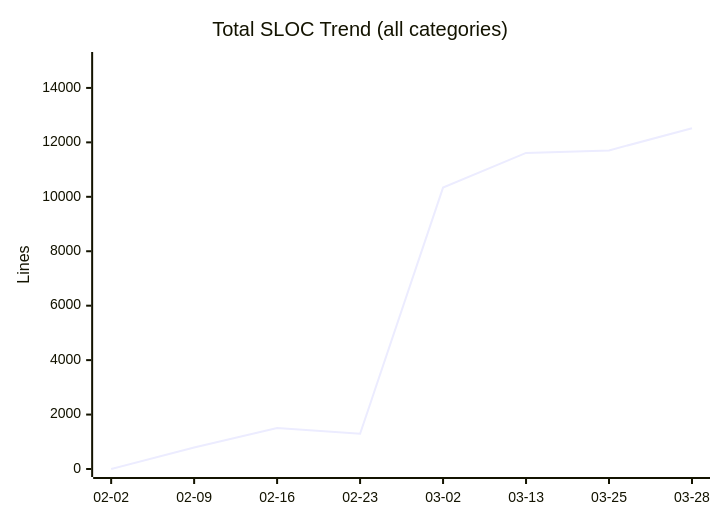
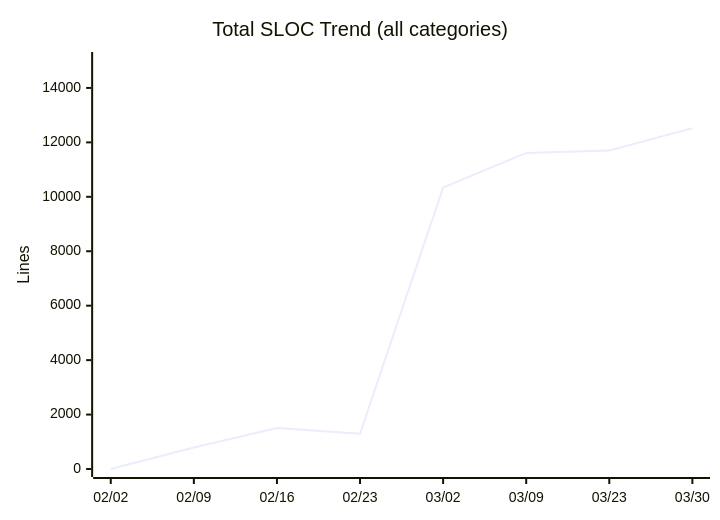
One commit to nablarch/nabledge-dev changed the eighth of 14 diagrams in docs/metrics.md. Above: the diagram before and after it, drawn with Mermaid. The commit also changed other lines of this file and 2 other files, not shown here.

````diff
--- a/docs/metrics.md
+++ b/docs/metrics.md
@@ -121,7 +121,7 @@
 ```mermaid
 xychart-beta
   title "Total SLOC Trend (all categories)"
-  x-axis ["02-02", "02-09", "02-16", "02-23", "03-02", "03-13", "03-25", "03-28"]
+  x-axis ["02/02", "02/09", "02/16", "02/23", "03/02", "03/09", "03/23", "03/30"]
   y-axis "Lines" 0 --> 15026
   line [0, 789, 1503, 1293, 10339, 11613, 11704, 12521]
 ```
````
